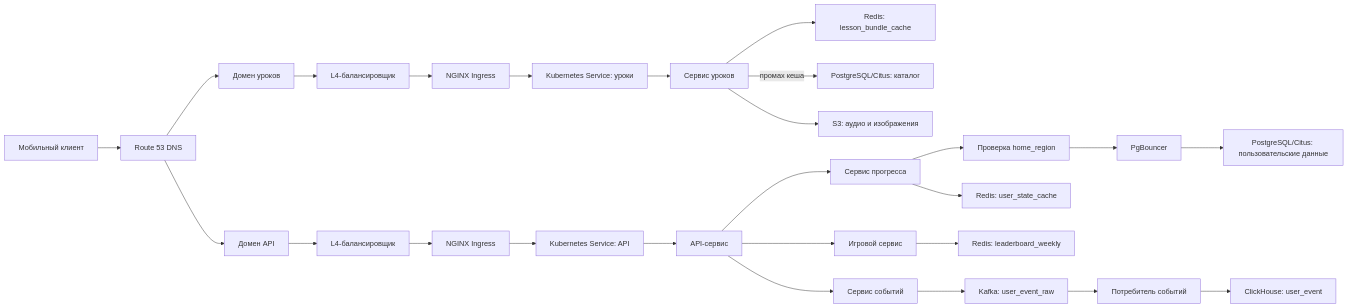
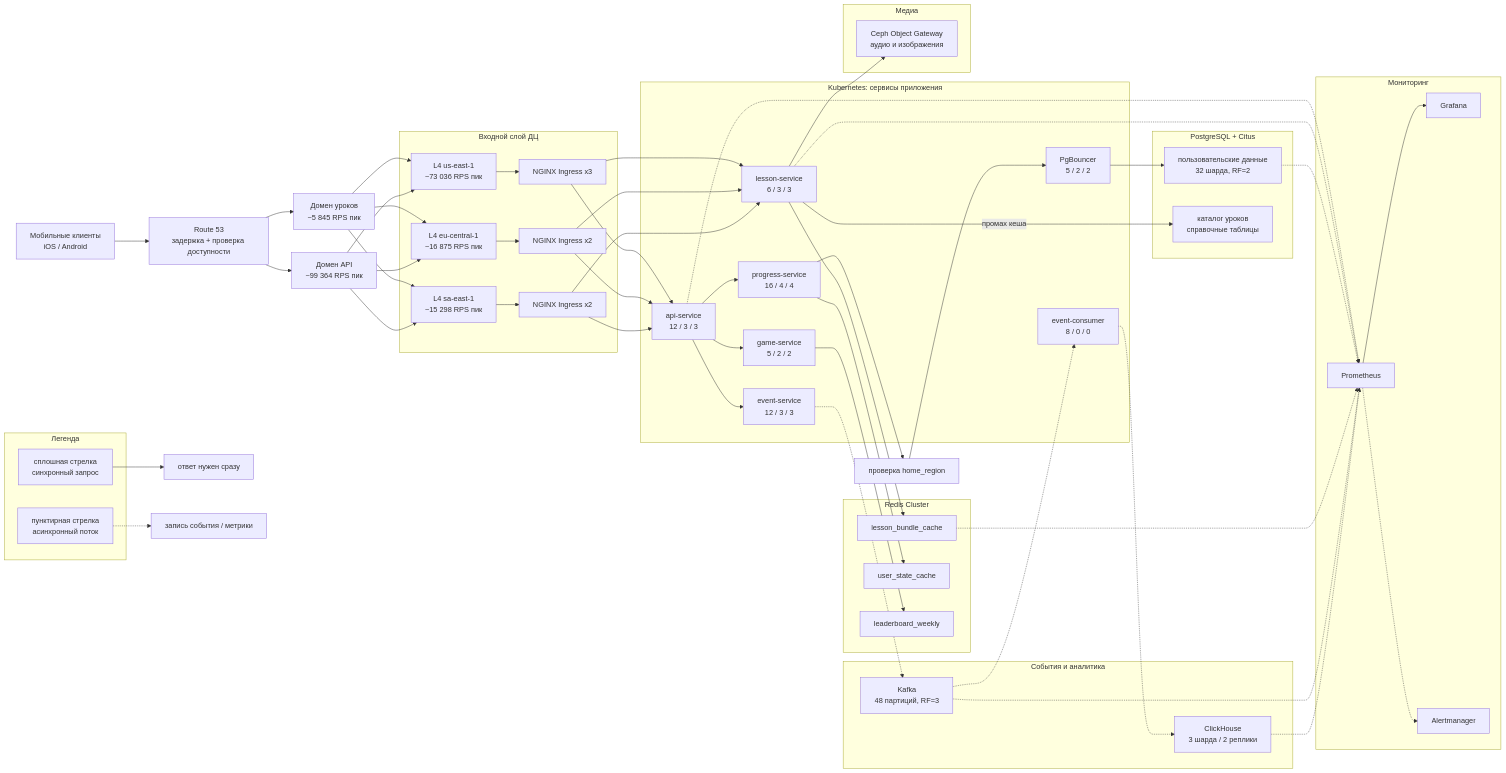
Before and after one commit to azlymoon/HighloadCourseHSE: the seventh of 7 diagrams in README.md, drawn with Mermaid. The commit also changed other lines of this file, not shown here.

````diff
--- a/README.md
+++ b/README.md
@@ -944,37 +950,106 @@
 ```mermaid
 flowchart LR
-    U["Мобильный клиент"] --> DNS["Route 53 DNS"]
+    U["Мобильные клиенты<br/>iOS / Android"] --> DNS["Route 53<br/>задержка + проверка доступности"]
 
-    DNS --> DL["Домен уроков"]
-    DNS --> DA["Домен API"]
+    DNS --> DLESSON["Домен уроков<br/>~5 845 RPS пик"]
+    DNS --> DAPI["Домен API<br/>~99 364 RPS пик"]
 
-    DL --> L4L["L4-балансировщик"]
-    DA --> L4A["L4-балансировщик"]
+    subgraph EDGE["Входной слой ДЦ"]
+        L4US["L4 us-east-1<br/>~73 036 RPS пик"]
+        L4EU["L4 eu-central-1<br/>~16 875 RPS пик"]
+        L4SA["L4 sa-east-1<br/>~15 298 RPS пик"]
 
-    L4L --> IL["NGINX Ingress"]
-    L4A --> IA["NGINX Ingress"]
+        INUS["NGINX Ingress x3"]
+        INEU["NGINX Ingress x2"]
+        INSA["NGINX Ingress x2"]
 
-    IL --> SL["Kubernetes Service: уроки"]
-    IA --> SA["Kubernetes Service: API"]
+        L4US --> INUS
+        L4EU --> INEU
+        L4SA --> INSA
+    end
 
-    SL --> LES["Сервис уроков"]
-    SA --> API["API-сервис"]
+    DLESSON --> L4US
+    DLESSON --> L4EU
+    DLESSON --> L4SA
+    DAPI --> L4US
+    DAPI --> L4EU
+    DAPI --> L4SA
 
-    LES --> RC["Redis: lesson_bundle_cache"]
-    LES -->|промах кеша| CAT["PostgreSQL/Citus: каталог"]
-    LES --> S3["S3: аудио и изображения"]
+    subgraph K8S["Kubernetes: сервисы приложения"]
+        LES["lesson-service<br/>6 / 3 / 3"]
+        API["api-service<br/>12 / 3 / 3"]
+        PROG["progress-service<br/>16 / 4 / 4"]
+        GAME["game-service<br/>5 / 2 / 2"]
+        EVENT["event-service<br/>12 / 3 / 3"]
+        CONS["event-consumer<br/>8 / 0 / 0"]
+        PGB["PgBouncer<br/>5 / 2 / 2"]
+    end
 
-    API --> PR["Сервис прогресса"]
-    API --> GAME["Игровой сервис"]
-    API --> EV["Сервис событий"]
+    INUS --> LES
+    INEU --> LES
+    INSA --> LES
+    INUS --> API
+    INEU --> API
+    INSA --> API
 
-    PR --> HR["Проверка home_region"]
-    HR --> PGB["PgBouncer"]
-    PGB --> UC["PostgreSQL/Citus: пользовательские данные"]
-    PR --> US["Redis: user_state_cache"]
+    API --> PROG
+    API --> GAME
+    API --> EVENT
 
-    GAME --> LB["Redis: leaderboard_weekly"]
-    EV --> KF["Kafka: user_event_raw"]
-    KF --> CON["Потребитель событий"]
-    CON --> CH["ClickHouse: user_event"]
+    subgraph CACHE["Redis Cluster"]
+        LCACHE["lesson_bundle_cache"]
+        UCACHE["user_state_cache"]
+        LBOARD["leaderboard_weekly"]
+    end
+
+    subgraph PG["PostgreSQL + Citus"]
+        PGUSER["пользовательские данные<br/>32 шарда, RF=2"]
+        PGCAT["каталог уроков<br/>справочные таблицы"]
+    end
+
+    subgraph STREAM["События и аналитика"]
+        KAFKA["Kafka<br/>48 партиций, RF=3"]
+        CLICK["ClickHouse<br/>3 шарда / 2 реплики"]
+    end
+
+    subgraph MEDIA["Медиа"]
+        S3["Ceph Object Gateway<br/>аудио и изображения"]
+    end
+
+    subgraph OBS["Мониторинг"]
+        PROM["Prometheus"]
+        GRAF["Grafana"]
+        ALERT["Alertmanager"]
+    end
+
+    LES --> LCACHE
+    LES -->|промах кеша| PGCAT
+    LES --> S3
+
+    PROG --> HR["проверка home_region"]
+    HR --> PGB
+    PGB --> PGUSER
+    PROG --> UCACHE
+
+    GAME --> LBOARD
+    EVENT -.-> KAFKA
+    KAFKA -.-> CONS
+    CONS -.-> CLICK
+
+    API -.-> PROM
+    LES -.-> PROM
+    PGUSER -.-> PROM
+    LCACHE -.-> PROM
+    KAFKA -.-> PROM
+    CLICK -.-> PROM
+    PROM --> GRAF
+    PROM -.-> ALERT
+
+    subgraph LEGEND["Легенда"]
+        LS["сплошная стрелка<br/>синхронный запрос"]
+        LA["пунктирная стрелка<br/>асинхронный поток"]
+    end
+
+    LS --> LS2["ответ нужен сразу"]
+    LA -.-> LA2["запись события / метрики"]
 ```
````
